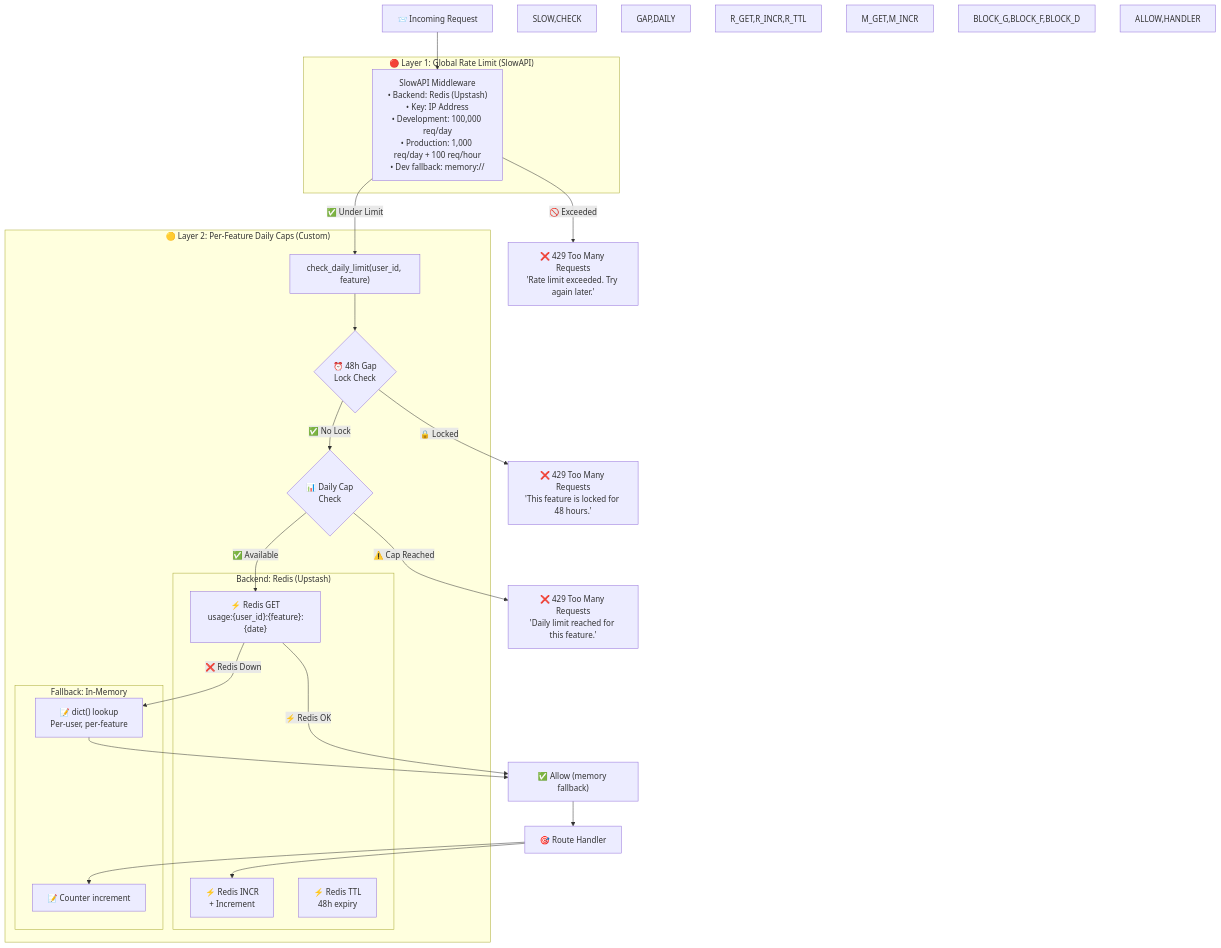
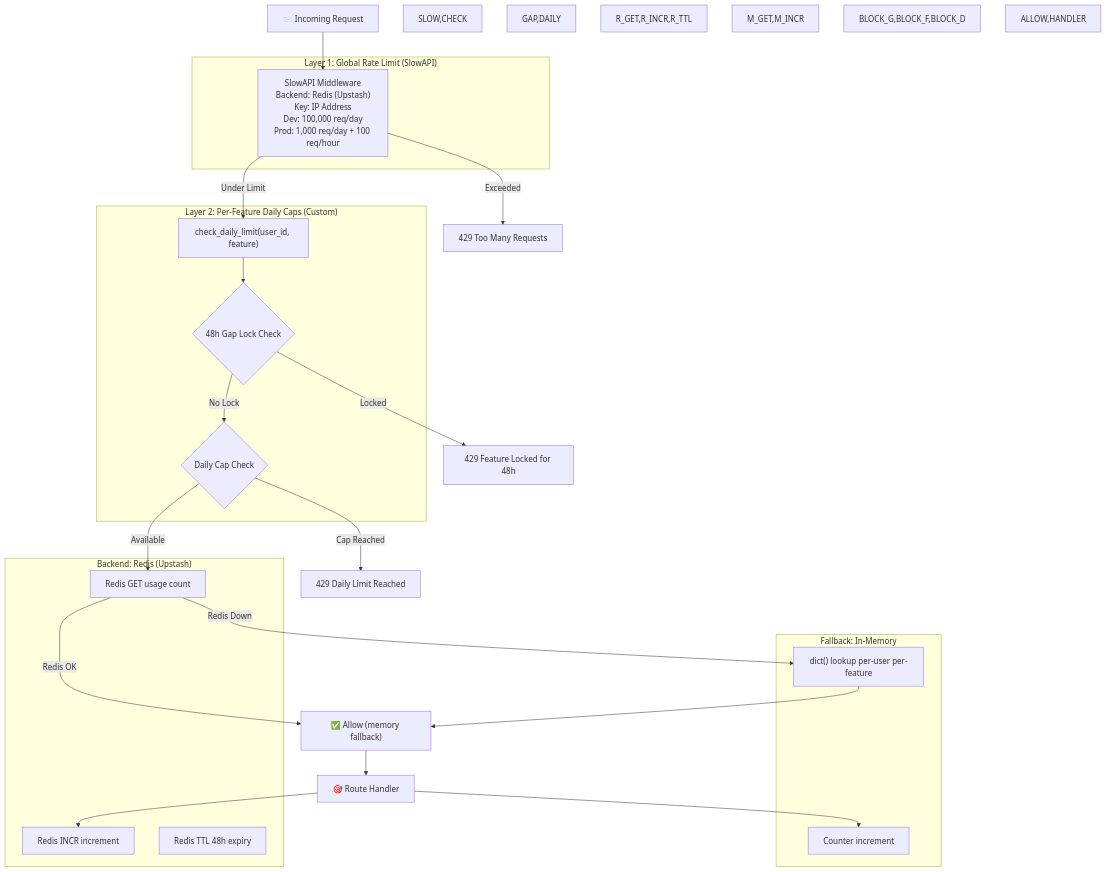
Before and after one commit to Anil-Pradhan-web/ai-career-mentor: diagram 26 of 35 in ARCHITECTURE.md, drawn with Mermaid. The commit also changed other lines of this file, not shown here.

Commit message:
fix: remove all JSON curly braces from Mermaid sequence diagrams, simplify state diagrams, replace classDef with inline styles for GitHub compatibility

````diff
--- a/ARCHITECTURE.md
+++ b/ARCHITECTURE.md
@@ -1575,58 +1479,58 @@
 ```mermaid
 flowchart TD
     classDef layer fill:#0ea5e9,color:#fff,stroke:#38bdf8
     classDef decision fill:#f59e0b,color:#fff,stroke:#d97706
     classDef block fill:#ef4444,color:#fff,stroke:#dc2626
     classDef allow fill:#34d399,color:#fff,stroke:#10b981
 
     REQ["📨 Incoming Request"]
     
-    subgraph "🔴 Layer 1: Global Rate Limit (SlowAPI)"
-        SLOW["SlowAPI Middleware<br/>• Backend: Redis (Upstash)<br/>• Key: IP Address<br/>• Development: 100,000 req/day<br/>• Production: 1,000 req/day + 100 req/hour<br/>• Dev fallback: memory://"]
+    subgraph "Layer 1: Global Rate Limit (SlowAPI)"
+        SLOW["SlowAPI Middleware<br/>Backend: Redis (Upstash)<br/>Key: IP Address<br/>Dev: 100,000 req/day<br/>Prod: 1,000 req/day + 100 req/hour"]
     end
     
-    subgraph "🟡 Layer 2: Per-Feature Daily Caps (Custom)"
+    subgraph "Layer 2: Per-Feature Daily Caps (Custom)"
         CHECK["check_daily_limit(user_id, feature)"]
         
-        GAP{"⏰ 48h Gap<br/>Lock Check"}
-        DAILY{"📊 Daily Cap<br/>Check"}
-        
-        subgraph "Backend: Redis (Upstash)"
-            R_GET["⚡ Redis GET<br/>usage:{user_id}:{feature}:{date}"]
-            R_INCR["⚡ Redis INCR<br/>+ Increment"]
-            R_TTL["⚡ Redis TTL<br/>48h expiry"]
-        end
-        
-        subgraph "Fallback: In-Memory"
-            M_GET["📝 dict() lookup<br/>Per-user, per-feature"]
-            M_INCR["📝 Counter increment"]
-        end
+        GAP{"48h Gap Lock Check"}
+        DAILY{"Daily Cap Check"}
+    end
+    
+    subgraph "Backend: Redis (Upstash)"
+        R_GET["Redis GET usage count"]
+        R_INCR["Redis INCR increment"]
+        R_TTL["Redis TTL 48h expiry"]
+    end
+    
+    subgraph "Fallback: In-Memory"
+        M_GET["dict() lookup per-user per-feature"]
+        M_INCR["Counter increment"]
     end
     
     REQ --> SLOW
     
-    SLOW -->|"✅ Under Limit"| CHECK
-    SLOW -->|"🚫 Exceeded"| BLOCK_G["❌ 429 Too Many Requests<br/>'Rate limit exceeded. Try again later.'"]
+    SLOW -->|"Under Limit"| CHECK
+    SLOW -->|"Exceeded"| BLOCK_G["429 Too Many Requests"]
     
     CHECK --> GAP
     
-    GAP -->|"🔒 Locked"| BLOCK_F["❌ 429 Too Many Requests<br/>'This feature is locked for 48 hours.'"]
-    GAP -->|"✅ No Lock"| DAILY
+    GAP -->|"Locked"| BLOCK_F["429 Feature Locked for 48h"]
+    GAP -->|"No Lock"| DAILY
     
-    DAILY -->|"⚠️ Cap Reached"| BLOCK_D["❌ 429 Too Many Requests<br/>'Daily limit reached for this feature.'"]
-    DAILY -->|"✅ Available"| R_GET
+    DAILY -->|"Cap Reached"| BLOCK_D["429 Daily Limit Reached"]
+    DAILY -->|"Available"| R_GET
     
-    R_GET -->|"⚡ Redis OK"| ALLOW["✅ Allow Request"]
-    R_GET -->|"❌ Redis Down"| M_GET --> ALLOW["✅ Allow (memory fallback)"]
+    R_GET -->|"Redis OK"| ALLOW["✅ Allow Request"]
+    R_GET -->|"Redis Down"| M_GET --> ALLOW["✅ Allow (memory fallback)"]
     
     ALLOW --> HANDLER["🎯 Route Handler"]
     HANDLER --> R_INCR & M_INCR
 
     style REQ layer
     style SLOW,CHECK layer
     style GAP,DAILY decision
     style R_GET,R_INCR,R_TTL layer
     style M_GET,M_INCR layer
     style BLOCK_G,BLOCK_F,BLOCK_D block
     style ALLOW,HANDLER allow
 ```
````
